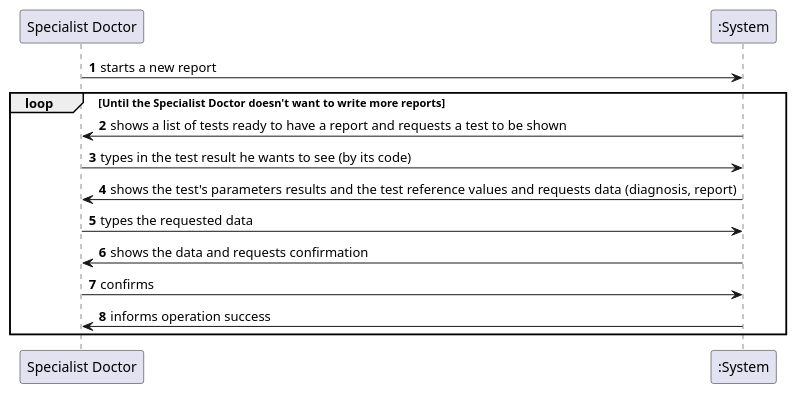
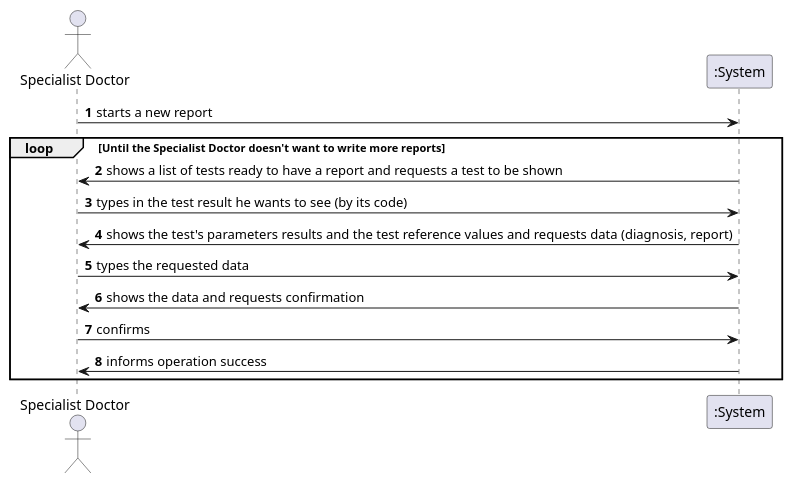
Before and after one commit to MadDinosaur/ISEP-LAPR2: the diagram in docs/SprintD/US14/US14_SSD.puml, drawn with PlantUML. The commit also changed 4 other files, not shown here.

Commit message:
Started creating the artefacts for US17: sequence diagram and domain model.

```diff
--- a/docs/SprintD/US14/US14_SSD.puml
+++ b/docs/SprintD/US14/US14_SSD.puml
@@ -1,15 +1,17 @@
 @startuml
 
 autonumber
+
+actor "Specialist Doctor"
 
 "Specialist Doctor" -> ":System": starts a new report
 loop Until the Specialist Doctor doesn't want to write more reports
 ":System" -> "Specialist Doctor": shows a list of tests ready to have a report and requests a test to be shown
 "Specialist Doctor" -> ":System": types in the test result he wants to see (by its code)
 ":System" -> "Specialist Doctor": shows the test's parameters results and the test reference values and requests data (diagnosis, report)
 "Specialist Doctor" -> ":System": types the requested data
 ":System" -> "Specialist Doctor": shows the data and requests confirmation
 "Specialist Doctor" -> ":System": confirms
 ":System" -> "Specialist Doctor": informs operation success
 end loop
 @enduml
```
